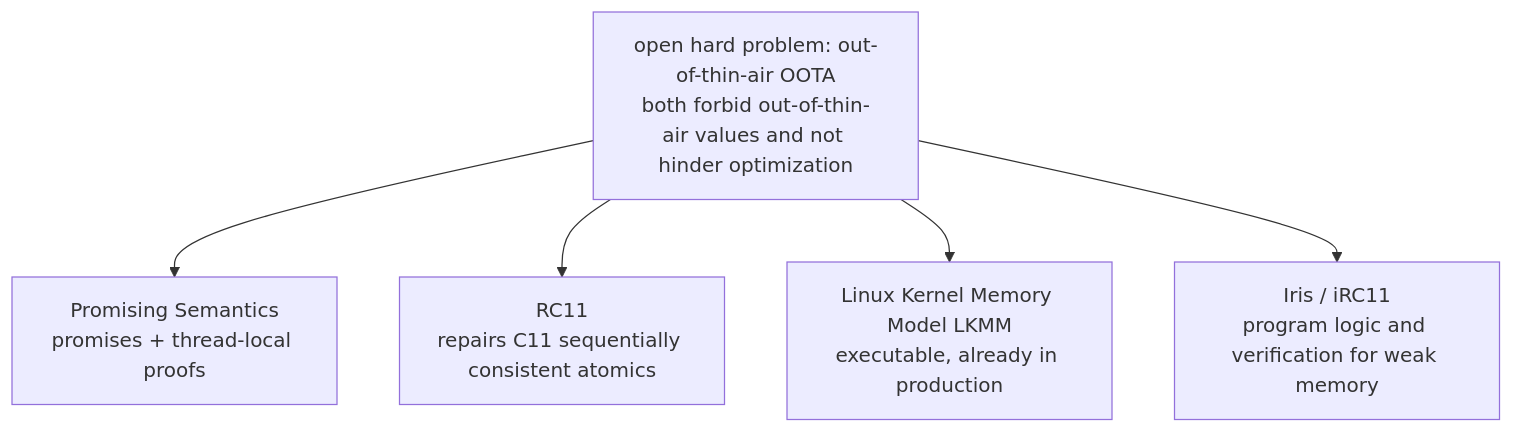
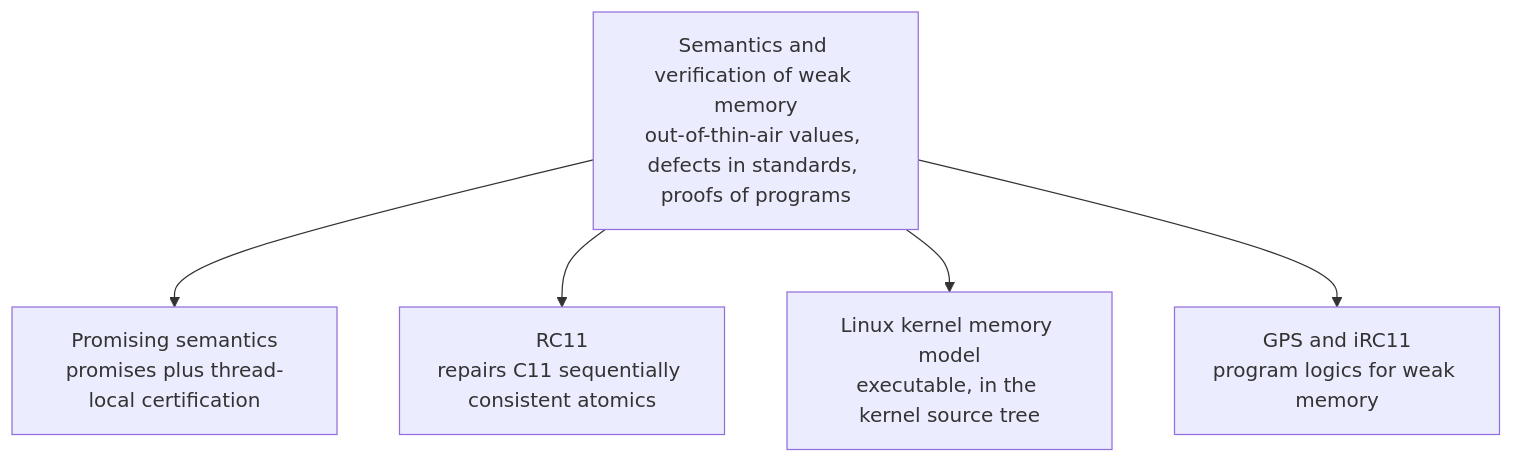
Before and after one commit to golang-design/under-the-hood: the fourth of 4 diagrams in book/en-us/part3concurrency/ch11sync/mem.md, drawn with Mermaid. The commit also changed other lines of this file and 30 other files, not shown here.

````diff
--- a/book/en-us/part3concurrency/ch11sync/mem.md
+++ b/book/en-us/part3concurrency/ch11sync/mem.md
@@ -591,8 +796,8 @@
 ```mermaid
 flowchart TD
-    OOTA["open hard problem: out-of-thin-air OOTA<br/>both forbid out-of-thin-air values and not hinder optimization"]
-    OOTA --> P["Promising Semantics<br/>promises + thread-local proofs"]
+    OOTA["Semantics and verification of weak memory<br/>out-of-thin-air values, defects in standards, proofs of programs"]
+    OOTA --> P["Promising semantics<br/>promises plus thread-local certification"]
     OOTA --> R["RC11<br/>repairs C11 sequentially consistent atomics"]
-    OOTA --> L["Linux Kernel Memory Model LKMM<br/>executable, already in production"]
-    OOTA --> I["Iris / iRC11<br/>program logic and verification for weak memory"]
+    OOTA --> L["Linux kernel memory model<br/>executable, in the kernel source tree"]
+    OOTA --> I["GPS and iRC11<br/>program logics for weak memory"]
 ```
````
